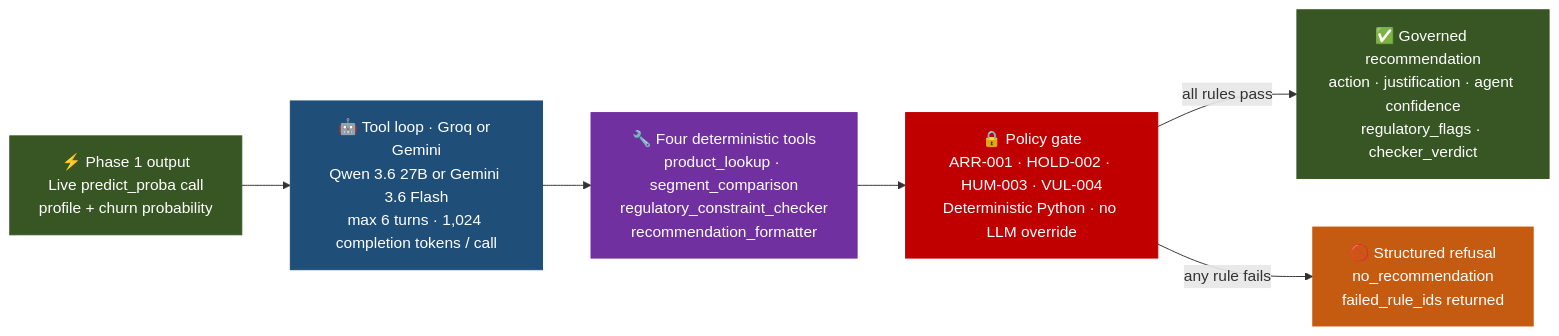
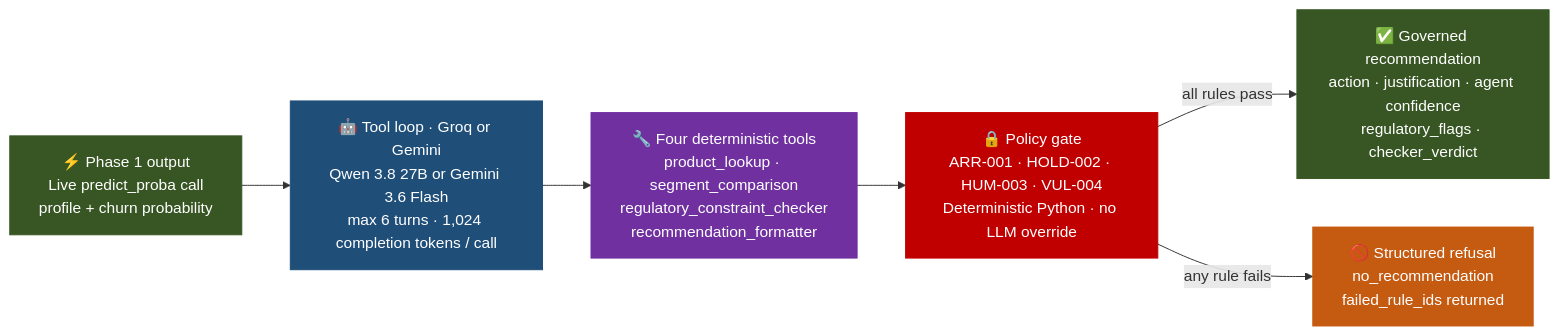
The second of 2 diagrams in README.md (abinashprasana/irish-banking-churn), drawn with Mermaid before and after one commit. The commit also changed other lines of this file and 14 other files, not shown here.

First line of the commit message:
Move the Groq model to qwen/qwen3.8-27b

````diff
--- a/README.md
+++ b/README.md
@@ -204,20 +204,20 @@
 ```mermaid
 flowchart LR
     AGA["⚡ Phase 1 output\nLive predict_proba call\nprofile + churn probability"]
-    AGB["🤖 Tool loop · Groq or Gemini\nQwen 3.6 27B or Gemini 3.6 Flash\nmax 6 turns · 1,024 completion tokens / call"]
+    AGB["🤖 Tool loop · Groq or Gemini\nQwen 3.8 27B or Gemini 3.6 Flash\nmax 6 turns · 1,024 completion tokens / call"]
     AGC["🔧 Four deterministic tools\nproduct_lookup · segment_comparison\nregulatory_constraint_checker\nrecommendation_formatter"]
     AGD["🔒 Policy gate\nARR-001 · HOLD-002 · HUM-003 · VUL-004\nDeterministic Python · no LLM override"]
     AGE["✅ Governed recommendation\naction · justification · agent confidence\nregulatory_flags · checker_verdict"]
     AGF["🚫 Structured refusal\nno_recommendation\nfailed_rule_ids returned"]
 
     AGA --> AGB --> AGC --> AGD
     AGD -->|all rules pass| AGE
     AGD -->|any rule fails| AGF
 
     style AGA fill:#375623,color:#ffffff,stroke:#375623
     style AGB fill:#1f4e79,color:#ffffff,stroke:#1f4e79
     style AGC fill:#7030a0,color:#ffffff,stroke:#7030a0
     style AGD fill:#c00000,color:#ffffff,stroke:#c00000
     style AGE fill:#375623,color:#ffffff,stroke:#375623
     style AGF fill:#c55a11,color:#ffffff,stroke:#c55a11
 ```
````
